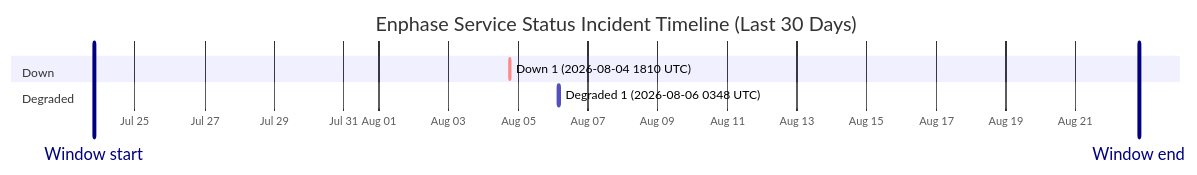
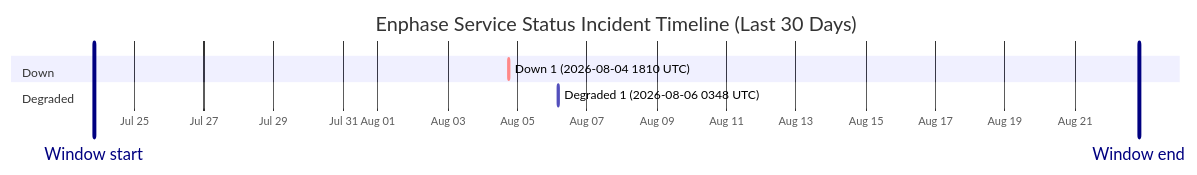
Before and after one commit to barneyonline/ha-enphase-energy: the diagram in wiki/Service-Status-History.md, drawn with Mermaid. The commit also changed other lines of this file and 3 other files, not shown here.

````diff
--- a/wiki/Service-Status-History.md
+++ b/wiki/Service-Status-History.md
@@ -14,12 +14,12 @@
 ```mermaid
 gantt
     title Enphase Service Status Incident Timeline (Last 30 Days)
     dateFormat  YYYY-MM-DDTHH:mm:ss
     axisFormat  %b %d
-    Window start :vert, window-start, 2026-07-23T19:47:35, 0ms
-    Window end :vert, window-end, 2026-08-22T19:47:35, 0ms
+    Window start :vert, window-start, 2026-07-23T20:19:47, 0ms
+    Window end :vert, window-end, 2026-08-22T20:19:47, 0ms
     section Down
     Down 1 (2026-08-04 1810 UTC) :crit, down-1, 2026-08-04T18:10:46, 60m
     section Degraded
     Degraded 1 (2026-08-06 0348 UTC) :active, degraded-1, 2026-08-06T03:48:14, 60m
 ```
````
